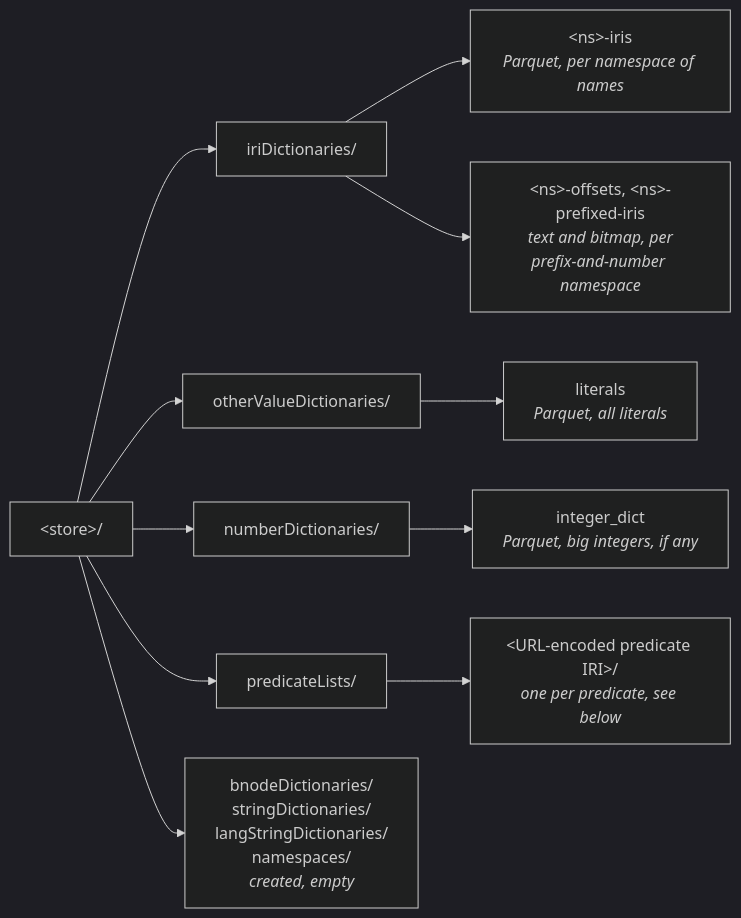
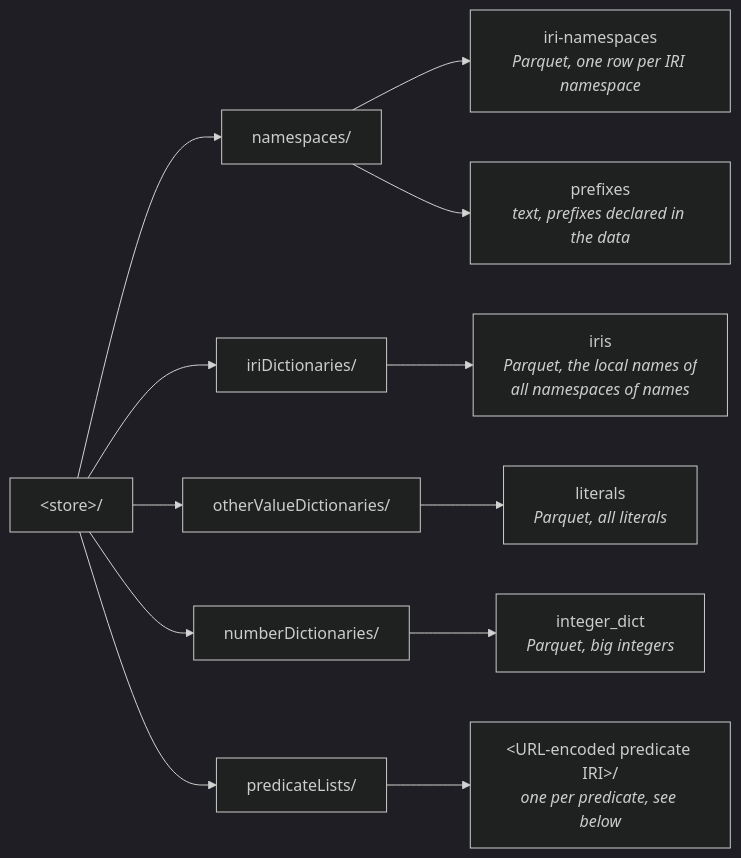
One commit to JervenBolleman/sparql-readonly changed the first of 5 diagrams in docs/storage.md. Above: the diagram before and after it, drawn with Mermaid (dark theme). The commit also changed other lines of this file and 11 other files, not shown here.

````diff
--- a/docs/storage.md
+++ b/docs/storage.md
@@ -15,14 +15,15 @@
 ```mermaid
 flowchart LR
     store["#lt;store#gt;/"]
+    store --> ns["namespaces/"]
     store --> iri["iriDictionaries/"]
     store --> other["otherValueDictionaries/"]
     store --> num["numberDictionaries/"]
     store --> lists["predicateLists/"]
-    store --> unused["bnodeDictionaries/<br/>stringDictionaries/<br/>langStringDictionaries/<br/>namespaces/<br/><i>created, empty</i>"]
-    iri --> irifiles["#lt;ns#gt;-iris<br/><i>Parquet, per namespace of names</i>"]
-    iri --> prefixed["#lt;ns#gt;-offsets, #lt;ns#gt;-prefixed-iris<br/><i>text and bitmap, per<br/>prefix-and-number namespace</i>"]
+    ns --> nsfile["iri-namespaces<br/><i>Parquet, one row per IRI namespace</i>"]
+    ns --> prefixes["prefixes<br/><i>text, prefixes declared in the data</i>"]
+    iri --> iris["iris<br/><i>Parquet, the local names of<br/>all namespaces of names</i>"]
     other --> literals["literals<br/><i>Parquet, all literals</i>"]
-    num --> integers["integer_dict<br/><i>Parquet, big integers, if any</i>"]
+    num --> integers["integer_dict<br/><i>Parquet, big integers</i>"]
     lists --> pred["#lt;URL-encoded predicate IRI#gt;/<br/><i>one per predicate, see below</i>"]
 ```
````
